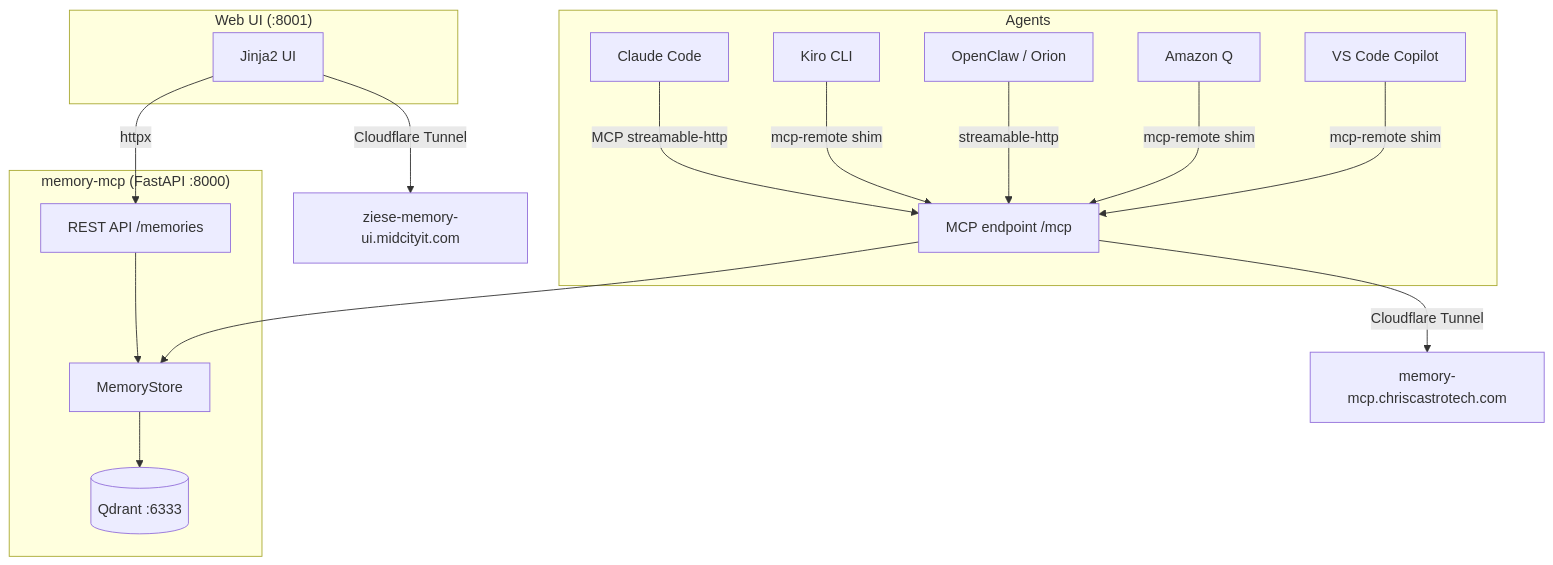
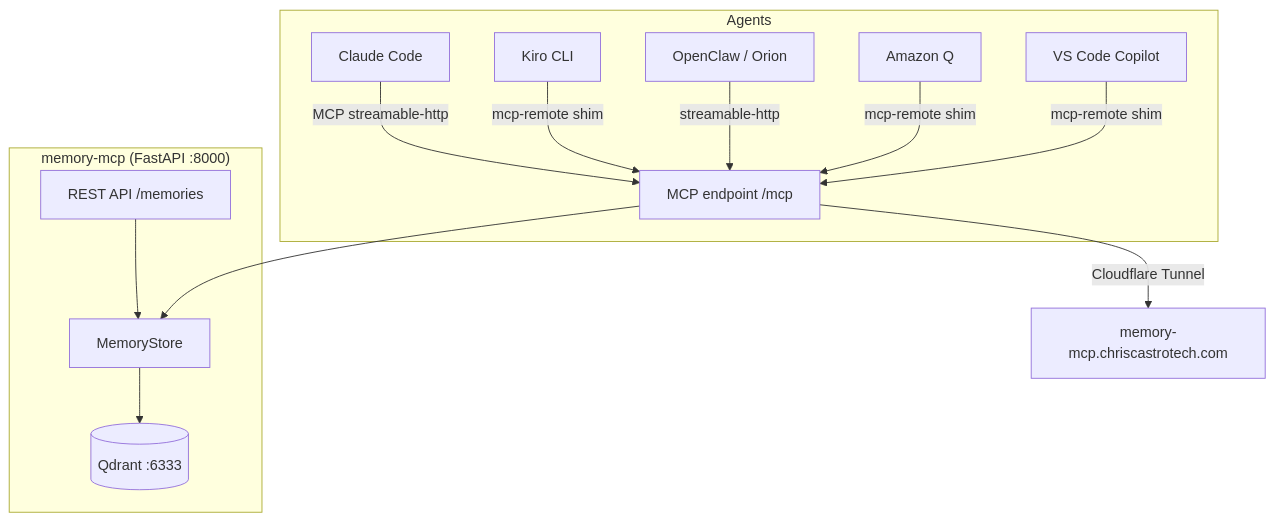
The diagram in README.md (midcityit/memory-mcp), drawn with Mermaid before and after one commit. The commit also changed other lines of this file and 35 other files, not shown here.

First line of the commit message:
cleanup(RCL-23): remove ui/ directory (extracted to ziese-memory-ui) (#9)

````diff
--- a/README.md
+++ b/README.md
@@ -12,23 +12,18 @@
 ```mermaid
 graph TD
     subgraph Agents
         A[Claude Code] -->|MCP streamable-http| M
         B[Kiro CLI] -->|mcp-remote shim| M
         C[OpenClaw / Orion] -->|streamable-http| M
         D[Amazon Q] -->|mcp-remote shim| M
         E[VS Code Copilot] -->|mcp-remote shim| M
     end
 
     subgraph memory-mcp ["memory-mcp (FastAPI :8000)"]
         M[MCP endpoint /mcp] --> S[MemoryStore]
         R[REST API /memories] --> S
         S --> Q[(Qdrant :6333)]
     end
 
-    subgraph ui ["Web UI (:8001)"]
-        U[Jinja2 UI] -->|httpx| R
-    end
-
     M -->|Cloudflare Tunnel| CF[memory-mcp.chriscastrotech.com]
-    U -->|Cloudflare Tunnel| CF2[ziese-memory-ui.midcityit.com]
 ```
````
